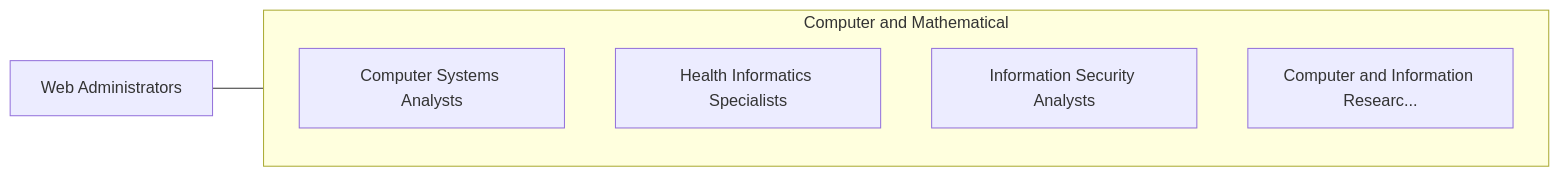
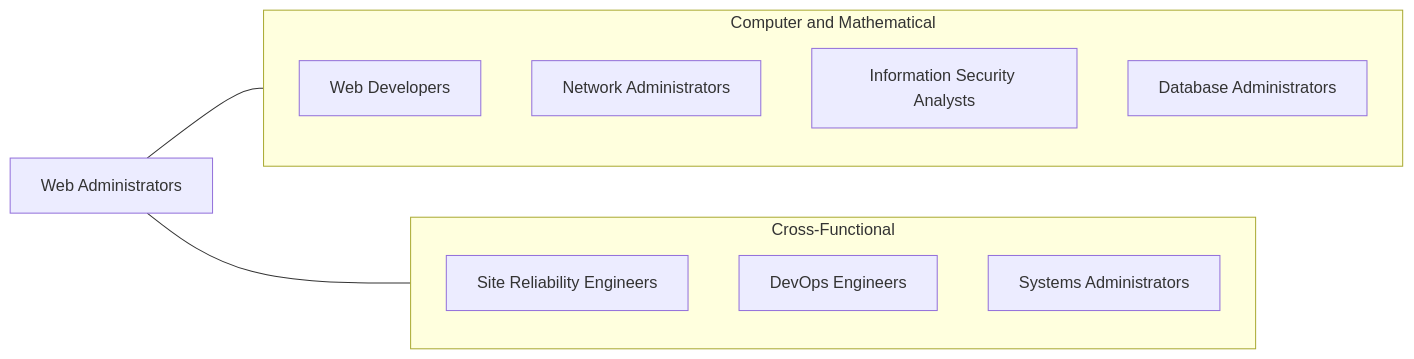
Before and after one commit to kziemski/business.org.ai: the third of 4 diagrams in occupations/Technology/WebAdministrators.mdx, drawn with Mermaid. The commit also changed other lines of this file and 938 other files, not shown here.

````diff
--- a/occupations/Technology/WebAdministrators.mdx
+++ b/occupations/Technology/WebAdministrators.mdx
@@ -124,13 +209,20 @@
 ```mermaid
 graph LR
     Current["Web Administrators"]
 
     subgraph SameCategory["Computer and Mathematical"]
-        ComputerSystemsAnaly["Computer Systems Analysts"]
-        HealthInformaticsSpe["Health Informatics Specialists"]
-        InformationSecurityA["Information Security Analysts"]
-        ComputerAndInformati["Computer and Information Researc..."]
+        WD["Web Developers"]
+        NCSA["Network Administrators"]
+        ISA["Information Security Analysts"]
+        DBA["Database Administrators"]
+    end
+
+    subgraph CrossFunctional["Cross-Functional"]
+        SRE["Site Reliability Engineers"]
+        DO["DevOps Engineers"]
+        SA["Systems Administrators"]
     end
 
     Current --- SameCategory
+    Current --- CrossFunctional
 ```
````
